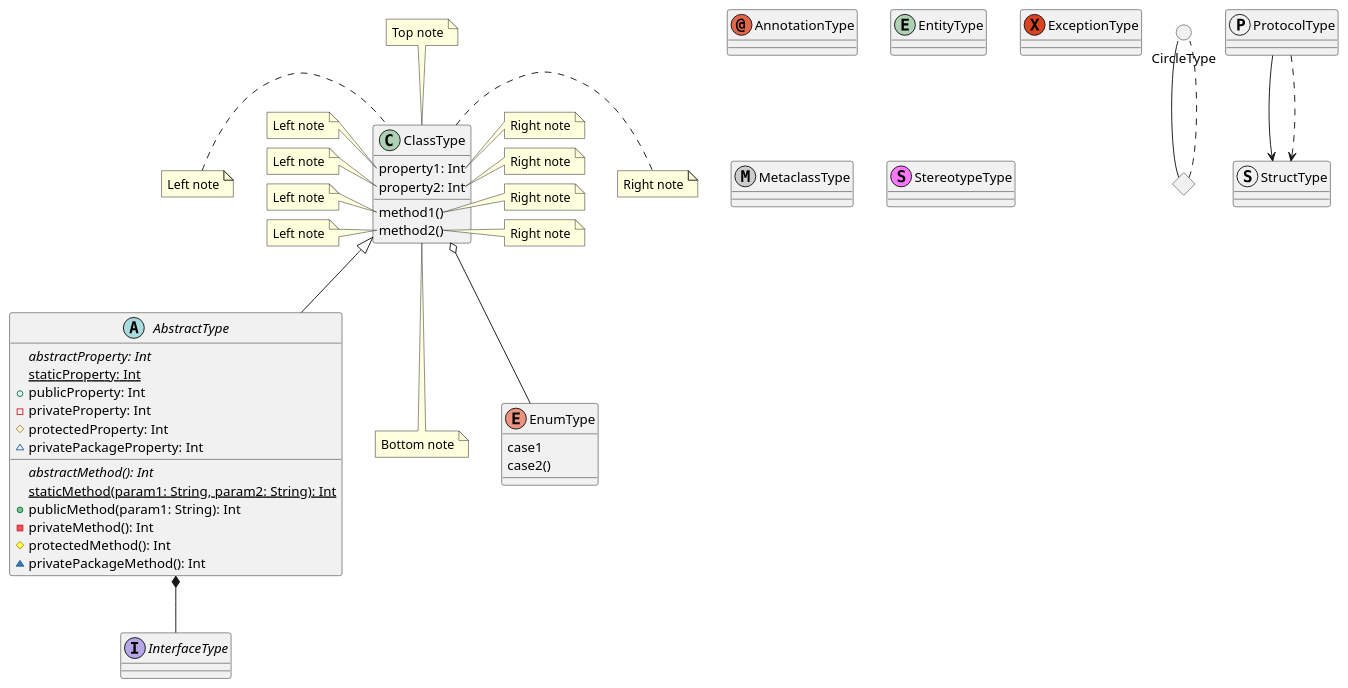
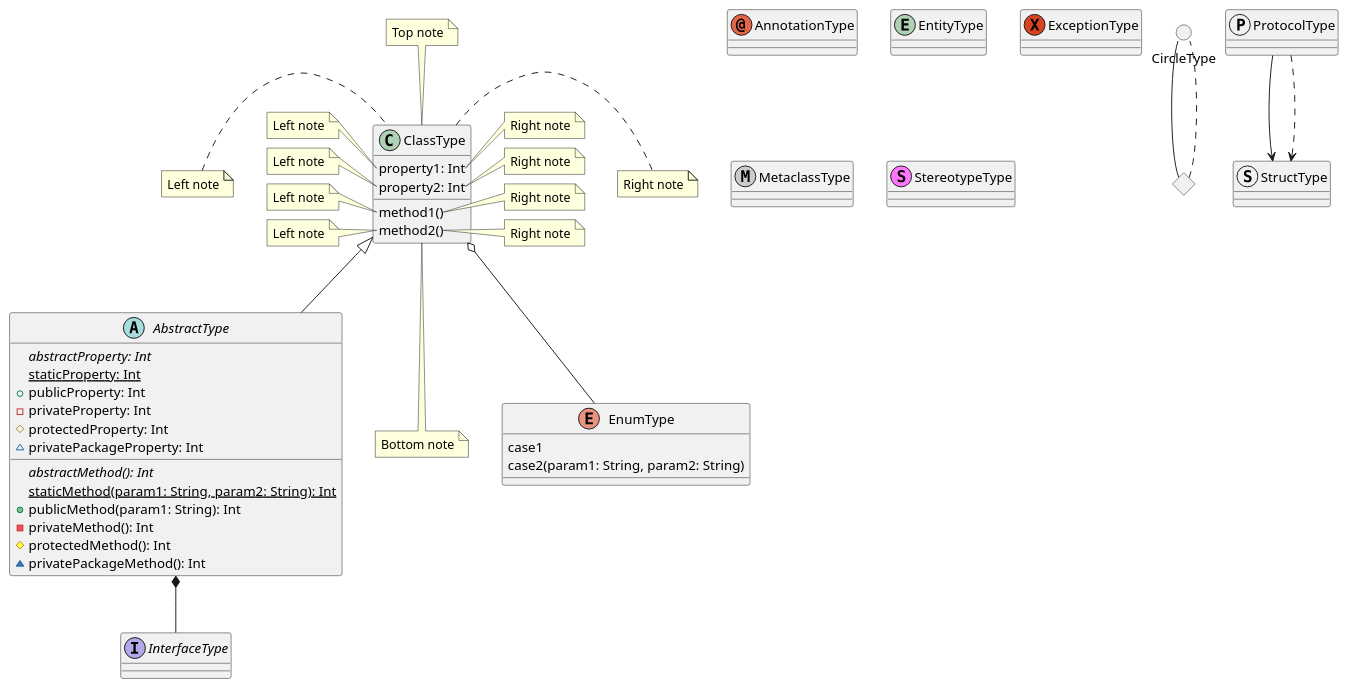
Before and after one commit to pavelannin/kotlin-dsl-plantuml: the diagram in README.md, drawn with PlantUML. The commit also changed other lines of this file and 3 other files, not shown here.

```diff
--- a/README.md
+++ b/README.md
@@ -202,7 +202,7 @@
 
 enum EnumType {
 {field} case1
-{field} case2()
+{field} case2(param1: String, param2: String)
 }
 
 exception ExceptionType
```
